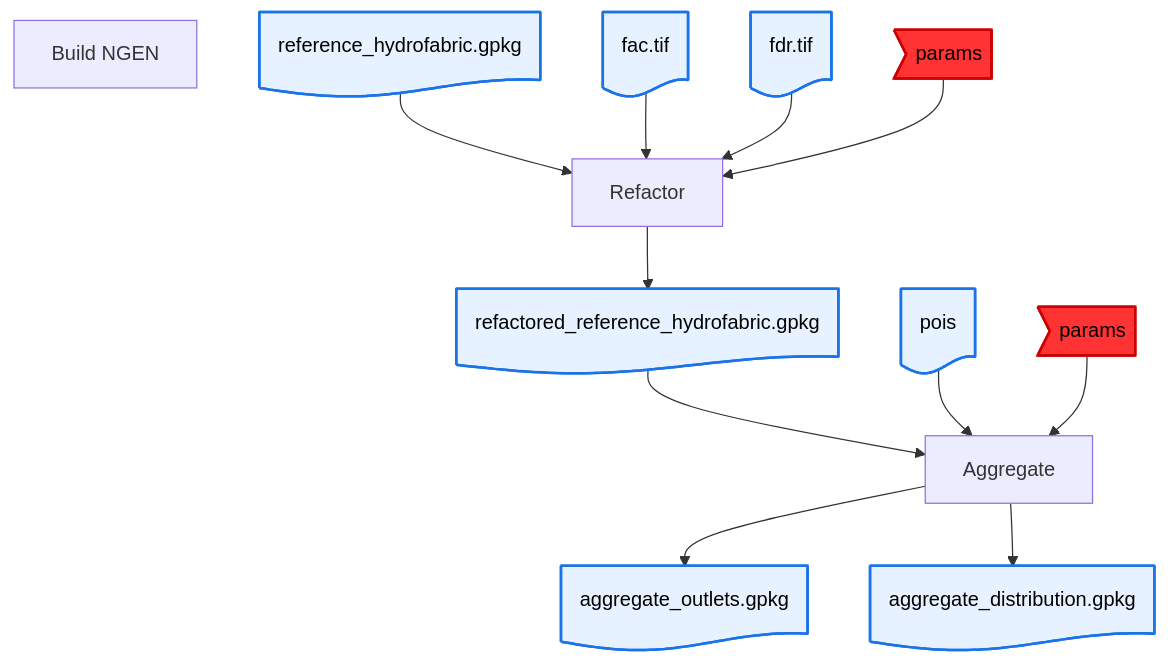
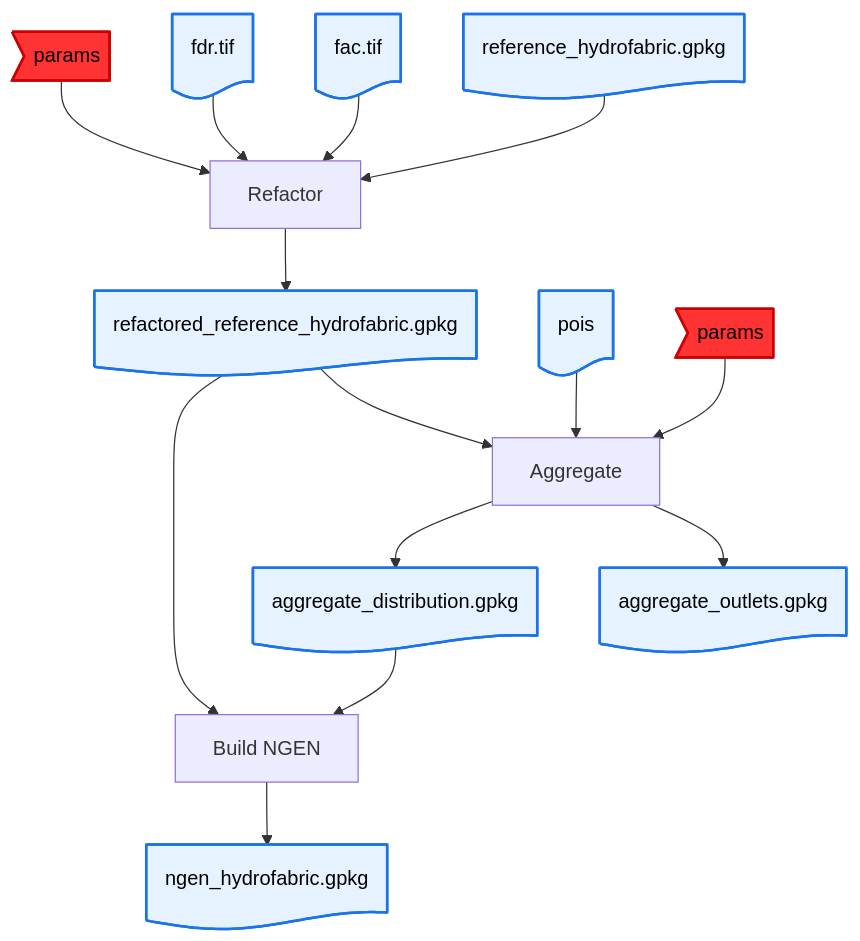
One commit to CUAHSI/ciroh-hydrofabrics changed the diagram in ngen-workflow/README.md. Above: the diagram before and after it, drawn with Mermaid.

````diff
--- a/ngen-workflow/README.md
+++ b/ngen-workflow/README.md
@@ -6,55 +6,60 @@
 ```mermaid
 graph TD;
 
   classDef data fill:#e6f2ff,stroke:#1a73e8,stroke-width:2px,color:#000;
   classDef params fill:#ff3333,stroke:#cc0000,stroke-width:2px,color:#000;
 
   refactor[Refactor];
   aggregate[Aggregate];
   ngen[Build NGEN];
 
   Input_ref@{ shape: doc, label: "reference_hydrofabric.gpkg" }
   class Input_ref data
 
   Input_fac@{ shape: doc, label: "fac.tif"}
   class Input_fac data
 
   Input_fdr@{ shape: doc, label: "fdr.tif"}
   class Input_fdr data
 
   Out_refactored@{ shape: doc, label: "refactored_reference_hydrofabric.gpkg"}
   class Out_refactored data
 
   Out_agg_outlets@{ shape: doc, label: "aggregate_outlets.gpkg"}
   class Out_agg_outlets data
 
   Out_agg_dist@{ shape: doc, label: "aggregate_distribution.gpkg"}
   class Out_agg_dist data
+
+  Out_ngen@{ shape: doc, label: "ngen_hydrofabric.gpkg"}
+  class Out_ngen data
   
   Input_pois@{ shape: doc, label: "pois"}
   class Input_pois data
 
   params_refactor@{ shape: odd, label: "params" }
   class params_refactor params
 
   params_agg@{ shape: odd, label: "params" }
   class params_agg params
 
   Input_ref --> refactor;
   Input_fac --> refactor;
   Input_fdr --> refactor;
   params_refactor --> refactor;
 
   refactor --> Out_refactored;
   Out_refactored --> aggregate;
   Input_pois --> aggregate;
   params_agg --> aggregate;
 
   aggregate --> Out_agg_outlets;
   aggregate --> Out_agg_dist;
 
-  ngen;
+  Out_agg_dist --> ngen;
+  Out_refactored --> ngen;
+  ngen --> Out_ngen
 
   
 
 ```
````
